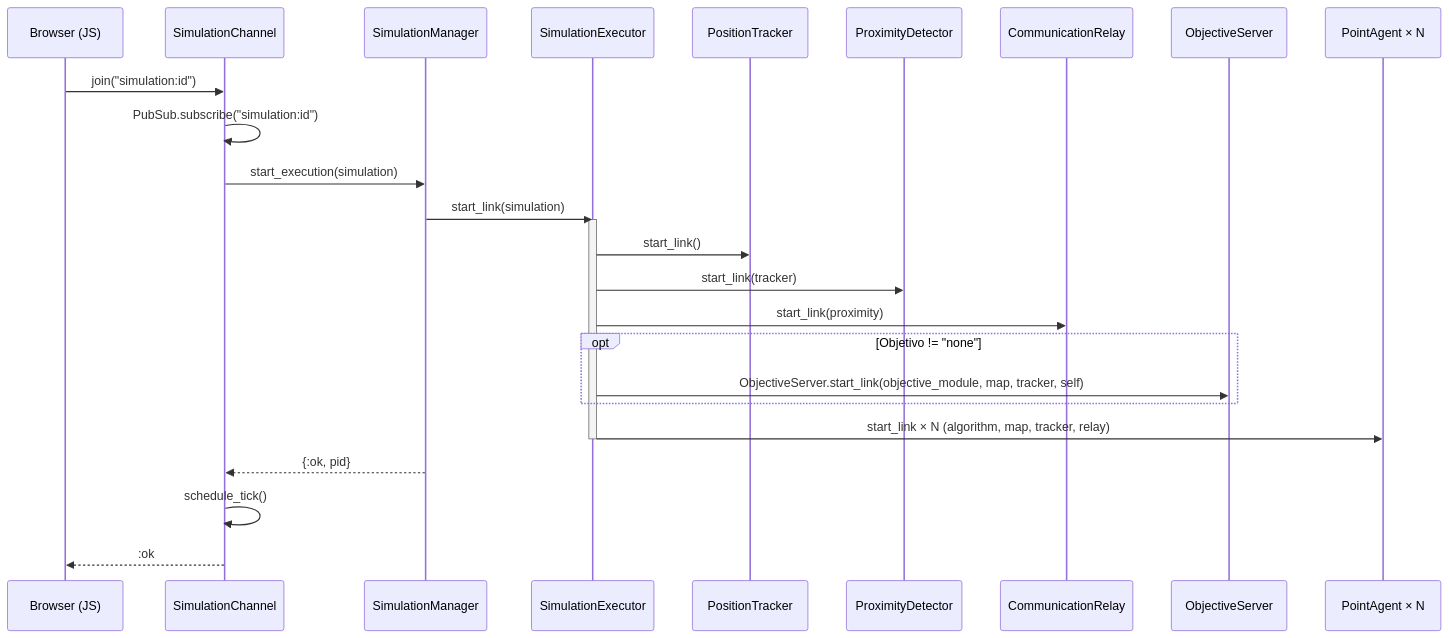
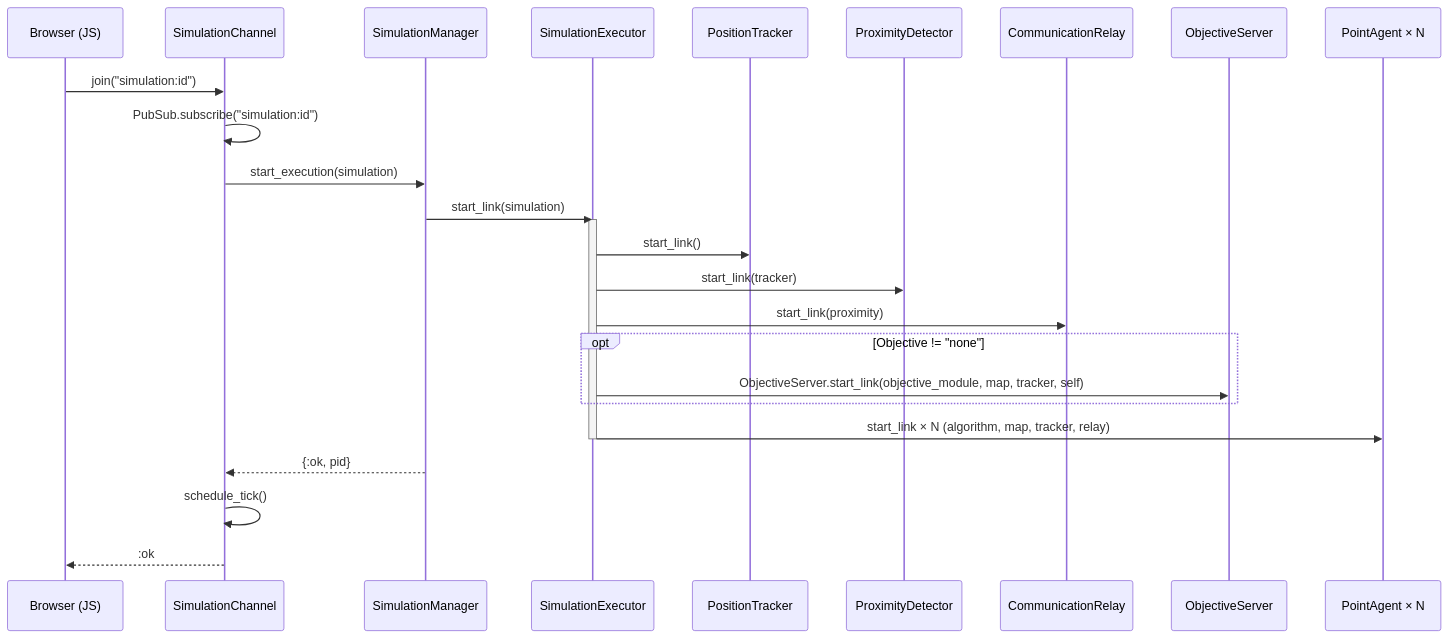
One commit to FLAGlab/Elixir-Swarm-Simulator changed the fourth of 11 diagrams in docs/data_flows.md. Above: the diagram before and after it, drawn with Mermaid. The commit also changed other lines of this file and 40 other files, not shown here.

````diff
--- a/docs/data_flows.md
+++ b/docs/data_flows.md
@@ -101,31 +101,31 @@
 ```mermaid
 sequenceDiagram
     participant JS as Browser (JS)
     participant Ch as SimulationChannel
     participant Mg as SimulationManager
     participant Ex as SimulationExecutor
     participant PT as PositionTracker
     participant PD as ProximityDetector
     participant CR as CommunicationRelay
     participant OS as ObjectiveServer
     participant Agents as PointAgent × N
 
     JS->>Ch: join("simulation:id")
     Ch->>Ch: PubSub.subscribe("simulation:id")
     Ch->>Mg: start_execution(simulation)
 
     Mg->>Ex: start_link(simulation)
     activate Ex
     Ex->>PT: start_link()
     Ex->>PD: start_link(tracker)
     Ex->>CR: start_link(proximity)
-    opt Objetivo != "none"
+    opt Objective != "none"
         Ex->>OS: ObjectiveServer.start_link(objective_module, map, tracker, self)
     end
     Ex->>Agents: start_link × N (algorithm, map, tracker, relay)
     deactivate Ex
 
     Mg-->>Ch: {:ok, pid}
     Ch->>Ch: schedule_tick()
     Ch-->>JS: :ok
 ```
````
